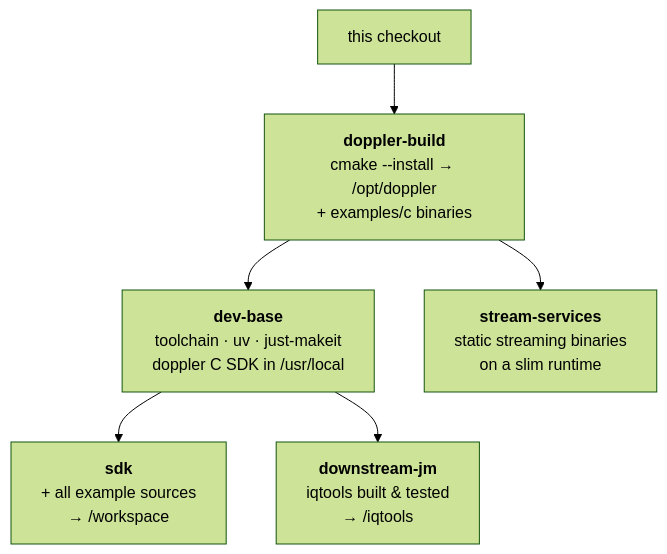
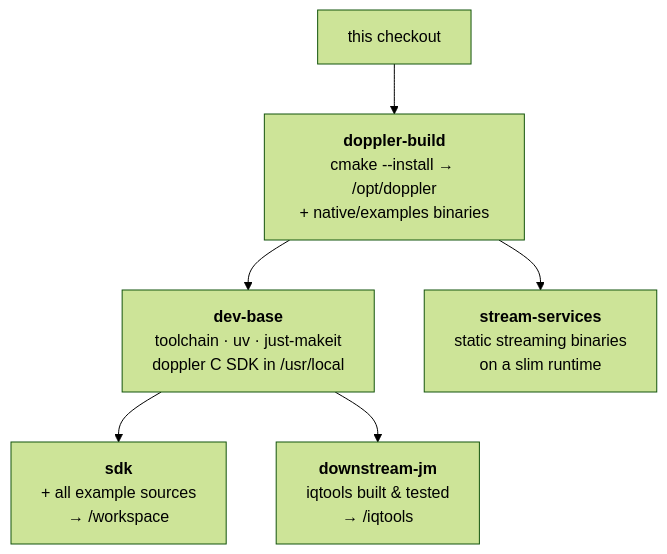
Before and after one commit to doppler-dsp/doppler: the diagram in deploy/docker/README.md, drawn with Mermaid (forest theme). The commit also changed other lines of this file and 52 other files, not shown here.

````diff
--- a/deploy/docker/README.md
+++ b/deploy/docker/README.md
@@ -91,8 +91,8 @@
 ```mermaid
 flowchart TD
-    SRC["this checkout"] --> BUILD["<b>doppler-build</b><br/>cmake --install → /opt/doppler<br/>+ examples/c binaries"]
+    SRC["this checkout"] --> BUILD["<b>doppler-build</b><br/>cmake --install → /opt/doppler<br/>+ native/examples binaries"]
     BUILD --> DEV["<b>dev-base</b><br/>toolchain · uv · just-makeit<br/>doppler C SDK in /usr/local"]
     DEV --> SDK["<b>sdk</b><br/>+ all example sources<br/>→ /workspace"]
     DEV --> DJM["<b>downstream-jm</b><br/>iqtools built &amp; tested<br/>→ /iqtools"]
     BUILD --> STR["<b>stream-services</b><br/>static streaming binaries<br/>on a slim runtime"]
 ```
````
